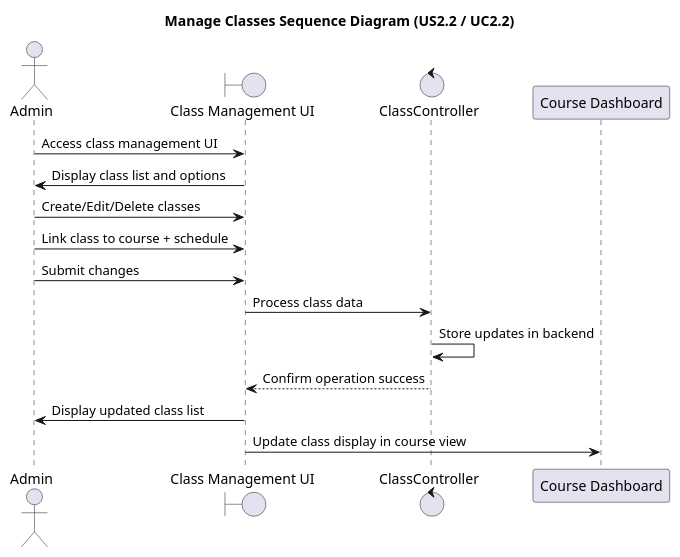
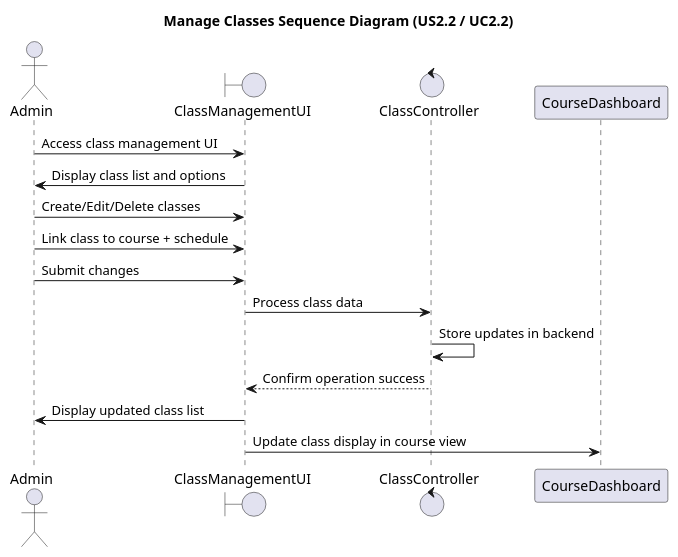
Before and after one commit to Huangphoux/uit-SE357_requirement: the diagram in docs/2. Diagrams/Sequence diagram/5. ManageClasses/ManageClasses.pu, drawn with PlantUML. The commit also changed 41 other files, not shown here.

Commit message:
Add all sequence diagrams

```diff
--- a/docs/2. Diagrams/Sequence diagram/5. ManageClasses/ManageClasses.pu
+++ b/docs/2. Diagrams/Sequence diagram/5. ManageClasses/ManageClasses.pu
@@ -1,22 +1,22 @@
 @startuml ManageClasses
 title Manage Classes Sequence Diagram (US2.2 / UC2.2)
 
 actor Admin
-boundary "Class Management UI"
-control "ClassController"
+boundary ClassManagementUI
+control ClassController
 
-Admin -> "Class Management UI" : Access class management UI
-"Class Management UI" -> Admin : Display class list and options
+Admin -> ClassManagementUI : Access class management UI
+ClassManagementUI -> Admin : Display class list and options
 
-Admin -> "Class Management UI" : Create/Edit/Delete classes
-Admin -> "Class Management UI" : Link class to course + schedule
-Admin -> "Class Management UI" : Submit changes
+Admin -> ClassManagementUI : Create/Edit/Delete classes
+Admin -> ClassManagementUI : Link class to course + schedule
+Admin -> ClassManagementUI : Submit changes
 
-"Class Management UI" -> "ClassController" : Process class data
-"ClassController" -> "ClassController" : Store updates in backend
-"ClassController" --> "Class Management UI" : Confirm operation success
+ClassManagementUI -> ClassController : Process class data
+ClassController -> ClassController : Store updates in backend
+ClassController --> ClassManagementUI : Confirm operation success
 
-"Class Management UI" -> Admin : Display updated class list
-"Class Management UI" -> "Course Dashboard" : Update class display in course view
+ClassManagementUI -> Admin : Display updated class list
+ClassManagementUI -> CourseDashboard : Update class display in course view
 
 @enduml
```
